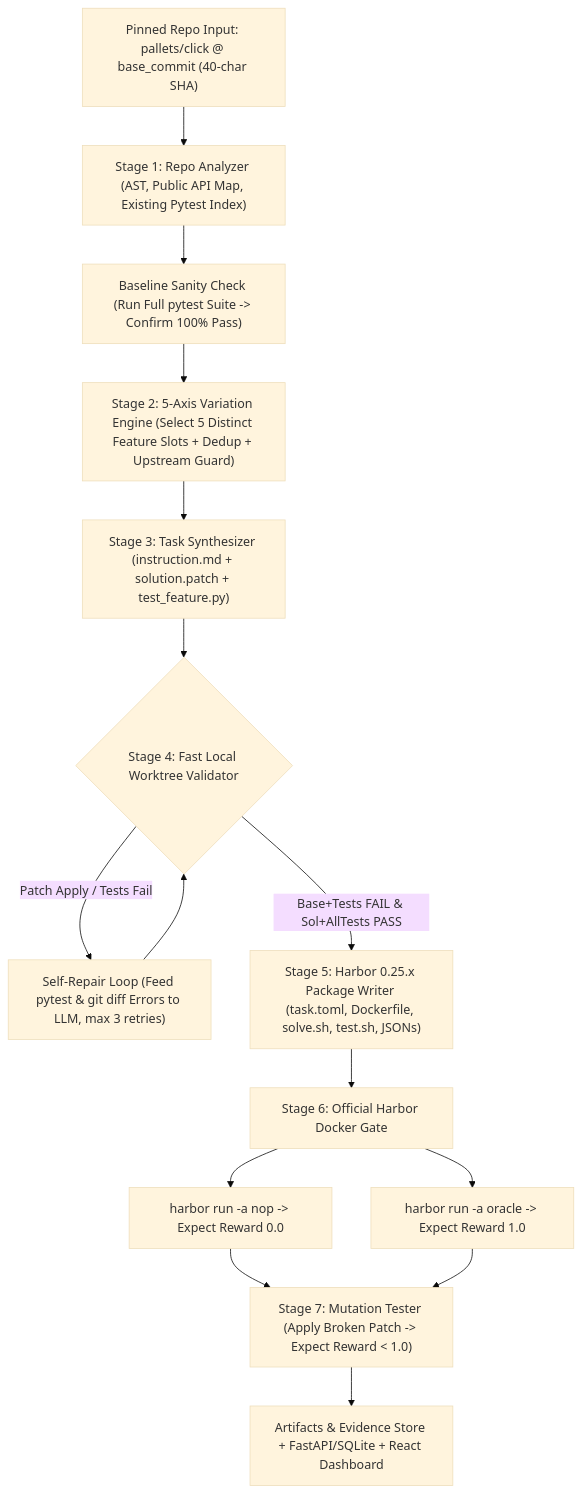
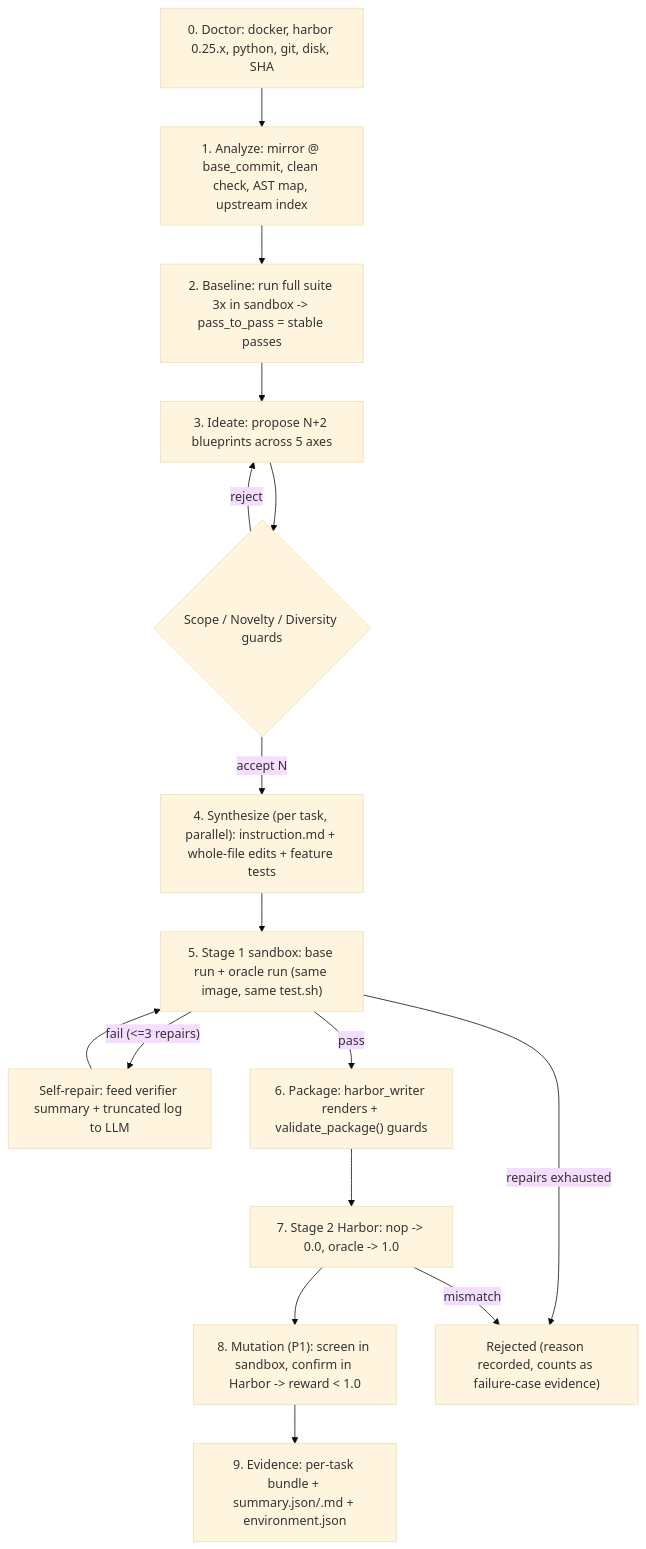
The second of 4 diagrams in docs/architecture.md (Abhishekkumar071/innodata-coding-task-factory), drawn with Mermaid (base theme) before and after one commit. The commit also changed other lines of this file and 1 other file, not shown here.

First line of the commit message:
docs(arch): finalize v2 architecture, ADR-01..12 and Harbor 0.25.x contract

````diff
--- a/docs/architecture.md
+++ b/docs/architecture.md
@@ -17,16 +82,18 @@
 ```mermaid
 flowchart TD
-    A["Pinned Repo Input: pallets/click @ base_commit (40-char SHA)"] --> B["Stage 1: Repo Analyzer (AST, Public API Map, Existing Pytest Index)"]
-    B --> C["Baseline Sanity Check (Run Full pytest Suite -> Confirm 100% Pass)"]
-    C --> D["Stage 2: 5-Axis Variation Engine (Select 5 Distinct Feature Slots + Dedup + Upstream Guard)"]
-    D --> E["Stage 3: Task Synthesizer (instruction.md + solution.patch + test_feature.py)"]
-    E --> F{"Stage 4: Fast Local Worktree Validator"}
-    F -- "Patch Apply / Tests Fail" --> G["Self-Repair Loop (Feed pytest & git diff Errors to LLM, max 3 retries)"]
-    G --> F
-    F -- "Base+Tests FAIL & Sol+AllTests PASS" --> H["Stage 5: Harbor 0.25.x Package Writer (task.toml, Dockerfile, solve.sh, test.sh, JSONs)"]
-    H --> I["Stage 6: Official Harbor Docker Gate"]
-    I --> I1["harbor run -a nop -> Expect Reward 0.0"]
-    I --> I2["harbor run -a oracle -> Expect Reward 1.0"]
-    I1 & I2 --> J["Stage 7: Mutation Tester (Apply Broken Patch -> Expect Reward < 1.0)"]
-    J --> K["Artifacts & Evidence Store + FastAPI/SQLite + React Dashboard"]
+    A["0. Doctor: docker, harbor 0.25.x, python, git, disk, SHA"] --> B["1. Analyze: mirror @ base_commit, clean check, AST map, upstream index"]
+    B --> C["2. Baseline: run full suite 3x in sandbox -> pass_to_pass = stable passes"]
+    C --> D["3. Ideate: propose N+2 blueprints across 5 axes"]
+    D --> G1{"Scope / Novelty / Diversity guards"}
+    G1 -- reject --> D
+    G1 -- accept N --> E["4. Synthesize (per task, parallel): instruction.md + whole-file edits + feature tests"]
+    E --> F["5. Stage 1 sandbox: base run + oracle run (same image, same test.sh)"]
+    F -- "fail (<=3 repairs)" --> R["Self-repair: feed verifier summary + truncated log to LLM"]
+    R --> F
+    F -- "pass" --> P["6. Package: harbor_writer renders + validate_package() guards"]
+    P --> H["7. Stage 2 Harbor: nop -> 0.0, oracle -> 1.0"]
+    H --> M["8. Mutation (P1): screen in sandbox, confirm in Harbor -> reward < 1.0"]
+    M --> V["9. Evidence: per-task bundle + summary.json/.md + environment.json"]
+    F -- "repairs exhausted" --> X["Rejected (reason recorded, counts as failure-case evidence)"]
+    H -- "mismatch" --> X
 ```
````
